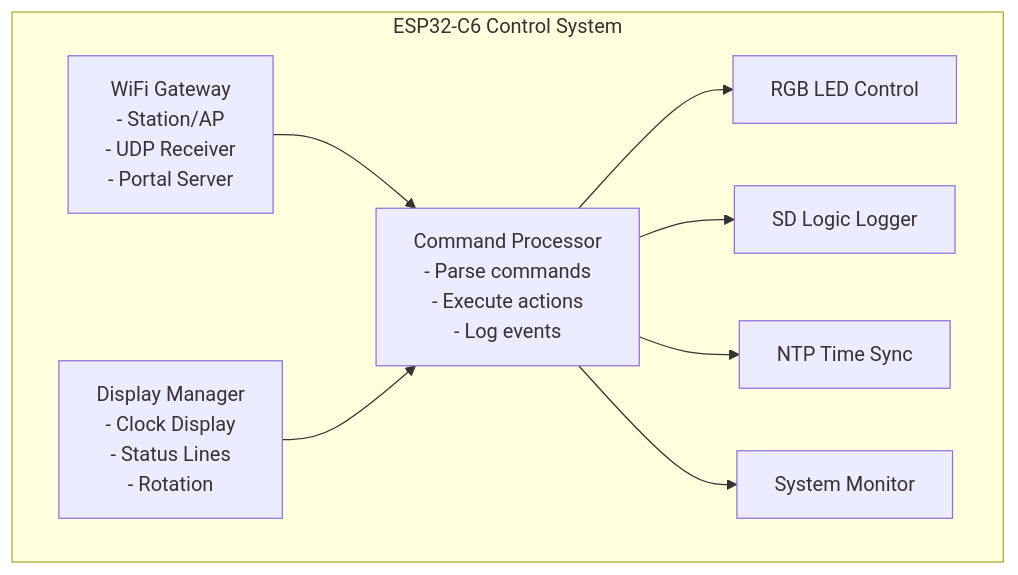
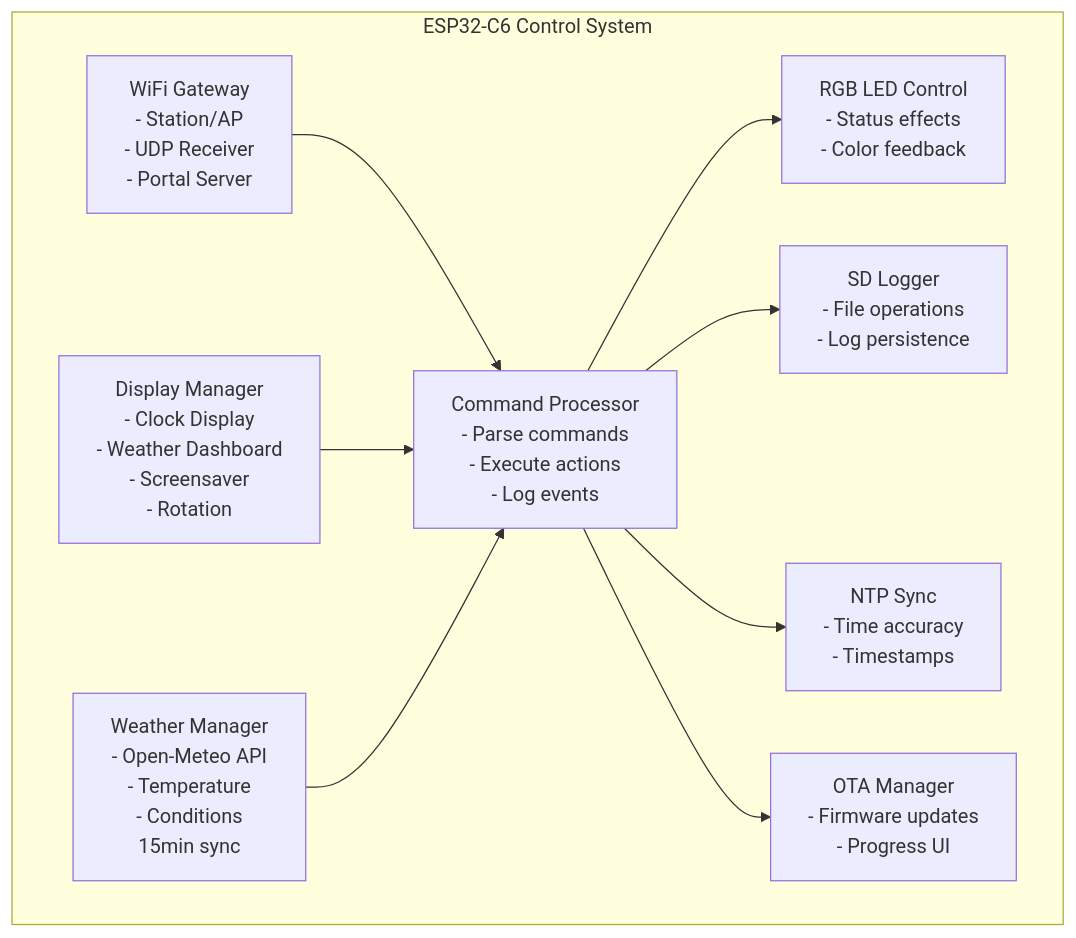
The first of 12 diagrams in README.md (paulocfmarques-collab/esp32C6), drawn with Mermaid before and after one commit. The commit also changed other lines of this file, not shown here.

Commit message:
docs: complete README upgrade with ClimaManager and OTAManager documentation

````diff
--- a/README.md
+++ b/README.md
@@ -61,15 +70,17 @@
 ```mermaid
 graph TB
     subgraph ESP32C6["ESP32-C6 Control System"]
         WiFi["WiFi Gateway<br/>- Station/AP<br/>- UDP Receiver<br/>- Portal Server"]
-        Display["Display Manager<br/>- Clock Display<br/>- Status Lines<br/>- Rotation"]
+        Display["Display Manager<br/>- Clock Display<br/>- Weather Dashboard<br/>- Screensaver<br/>- Rotation"]
+        Weather["Weather Manager<br/>- Open-Meteo API<br/>- Temperature<br/>- Conditions<br/>15min sync"]
         
         WiFi --> CMD["Command Processor<br/>- Parse commands<br/>- Execute actions<br/>- Log events"]
         Display --> CMD
+        Weather --> CMD
         
-        CMD --> LED["RGB LED Control"]
-        CMD --> SD["SD Logic Logger"]
-        CMD --> NTP["NTP Time Sync"]
-        CMD --> Monitor["System Monitor"]
+        CMD --> LED["RGB LED Control<br/>- Status effects<br/>- Color feedback"]
+        CMD --> SD["SD Logger<br/>- File operations<br/>- Log persistence"]
+        CMD --> NTP["NTP Sync<br/>- Time accuracy<br/>- Timestamps"]
+        CMD --> OTA["OTA Manager<br/>- Firmware updates<br/>- Progress UI"]
     end
 ```
````
